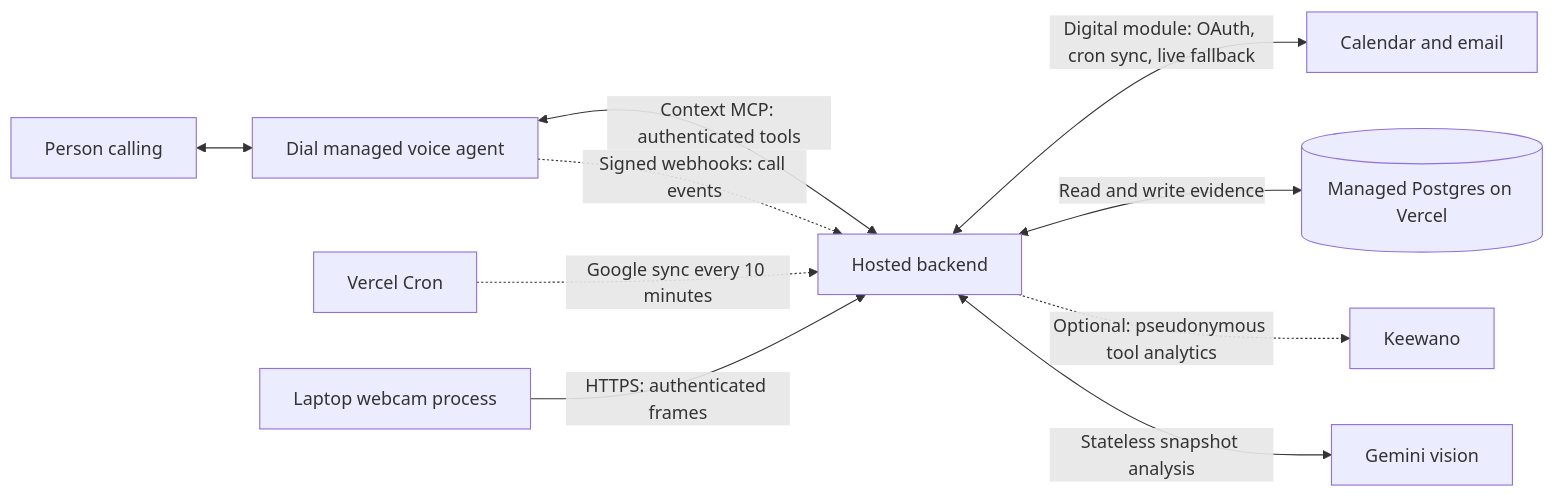
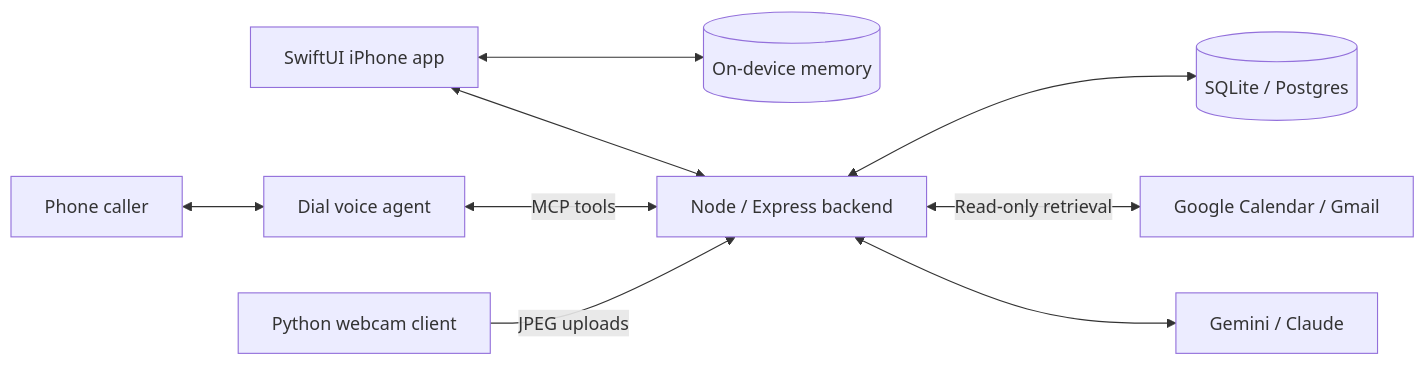
One commit to mattdomingo/speedhacks changed the diagram in README.md. Above: the diagram before and after it, drawn with Mermaid. The commit also changed other lines of this file and 12 other files, not shown here.

````diff
--- a/README.md
+++ b/README.md
@@ -15,12 +21,11 @@
 ```mermaid
 flowchart LR
-    Caller[Person calling] <--> Dial[Dial managed voice agent]
-    Dial <-->|Context MCP: authenticated tools| Backend[Hosted backend]
-    Backend <-->|Digital module: OAuth, cron sync, live fallback| Google[Calendar and email]
-    Backend <-->|Read and write evidence| Store[(Managed Postgres on Vercel)]
-    Cron[Vercel Cron] -.->|Google sync every 10 minutes| Backend
-    Dial -.->|Signed webhooks: call events| Backend
-    Backend -.->|Optional: pseudonymous tool analytics| Keewano[Keewano]
-    Camera[Laptop webcam process] -->|HTTPS: authenticated frames| Backend
-    Backend <-->|Stateless snapshot analysis| Vision[Gemini vision]
+    App[SwiftUI iPhone app] <--> Local[(On-device memory)]
+    App <--> API[Node / Express backend]
+    Caller[Phone caller] <--> Dial[Dial voice agent]
+    Dial <-->|MCP tools| API
+    Camera[Python webcam client] -->|JPEG uploads| API
+    API <--> Store[(SQLite / Postgres)]
+    API <-->|Read-only retrieval| Google[Google Calendar / Gmail]
+    API <--> Models[Gemini / Claude]
 ```
````
